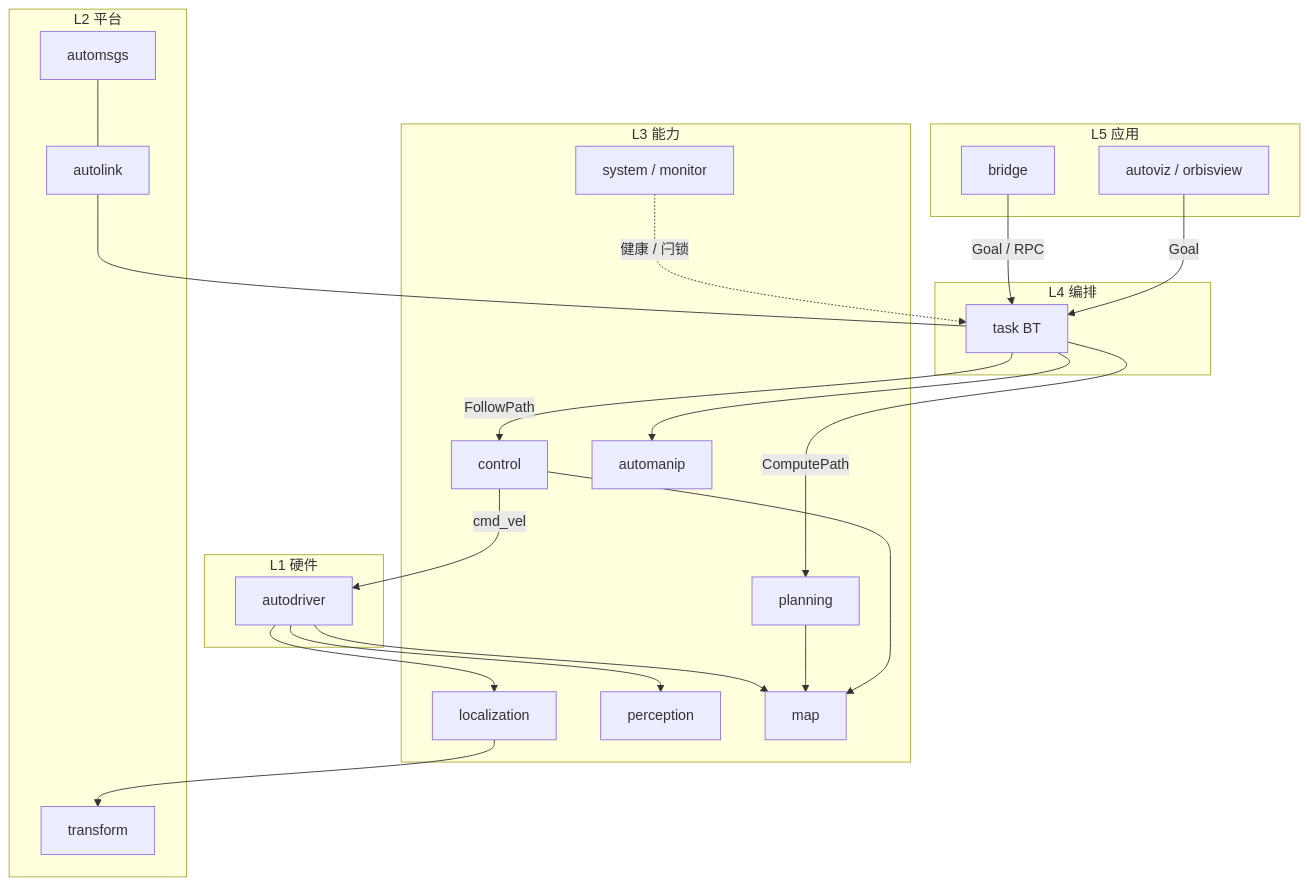
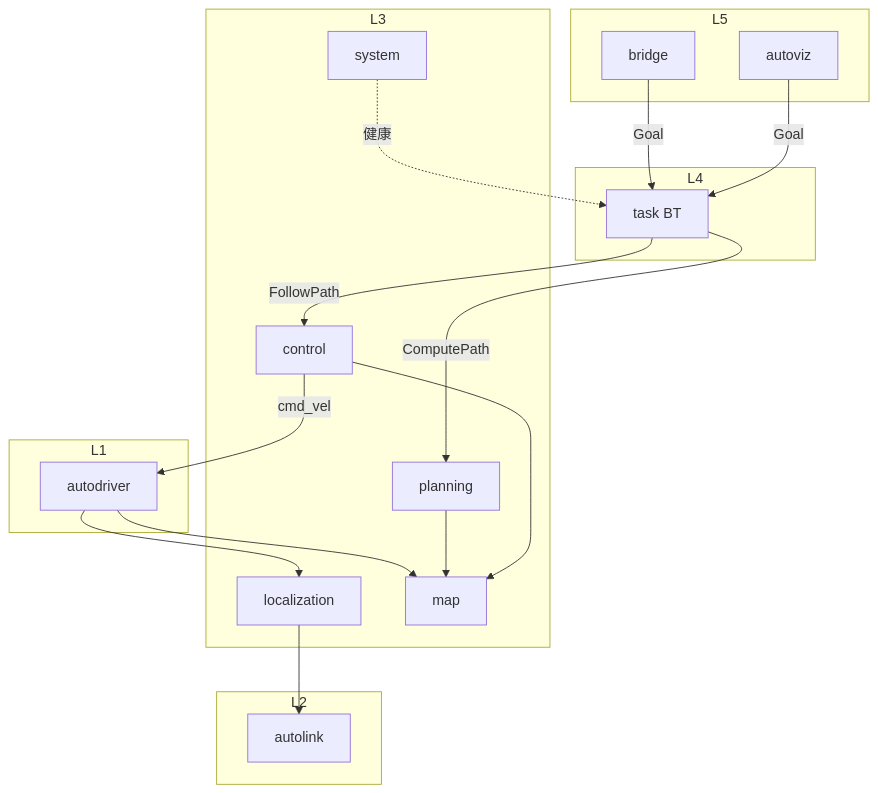
Before and after one commit to quandy2020/autonomy: the diagram in docs/source/01_Instructions/03_system_architecture.md, drawn with Mermaid. The commit also changed other lines of this file and 278 other files, not shown here.

````diff
--- a/docs/source/01_Instructions/03_system_architecture.md
+++ b/docs/source/01_Instructions/03_system_architecture.md
@@ -250,47 +80,34 @@
 ```mermaid
 flowchart TB
-  subgraph App["L5 应用"]
-    BR[bridge]
-    UI[autoviz / orbisview]
-  end
-
-  subgraph Orch["L4 编排"]
-    TASK[task BT]
-  end
-
-  subgraph Caps["L3 能力"]
-    LOC[localization]
-    PER[perception]
-    MAP[map]
-    PLN[planning]
-    CTL[control]
-    ARM[automanip]
-    SYS[system / monitor]
-  end
-
-  subgraph Plat["L2 平台"]
-    AL[autolink]
-    MSG[automsgs]
-    TF[transform]
-  end
-
-  subgraph HW["L1 硬件"]
-    DRV[autodriver]
-  end
-
-  BR -->|Goal / RPC| TASK
-  UI -->|Goal| TASK
-  TASK -->|ComputePath| PLN
-  TASK -->|FollowPath| CTL
-  TASK --> ARM
-  DRV --> LOC
-  DRV --> PER
-  DRV --> MAP
-  LOC --> TF
-  PLN --> MAP
-  CTL --> MAP
-  CTL -->|cmd_vel| DRV
-  SYS -.->|健康 / 闩锁| TASK
-  AL --- TASK
-  MSG --- AL
+subgraph App["L5"]
+BR[bridge]
+UI[autoviz]
+end
+subgraph Orch["L4"]
+TASK[task BT]
+end
+subgraph Caps["L3"]
+LOC[localization]
+MAP[map]
+PLN[planning]
+CTL[control]
+SYS[system]
+end
+subgraph Plat["L2"]
+AL[autolink]
+end
+subgraph HW["L1"]
+DRV[autodriver]
+end
+BR -->|Goal| TASK
+UI -->|Goal| TASK
+TASK -->|ComputePath| PLN
+TASK -->|FollowPath| CTL
+DRV --> LOC
+DRV --> MAP
+LOC --> AL
+PLN --> MAP
+CTL --> MAP
+CTL -->|cmd_vel| DRV
+SYS -.->|健康| TASK
 ```
````
